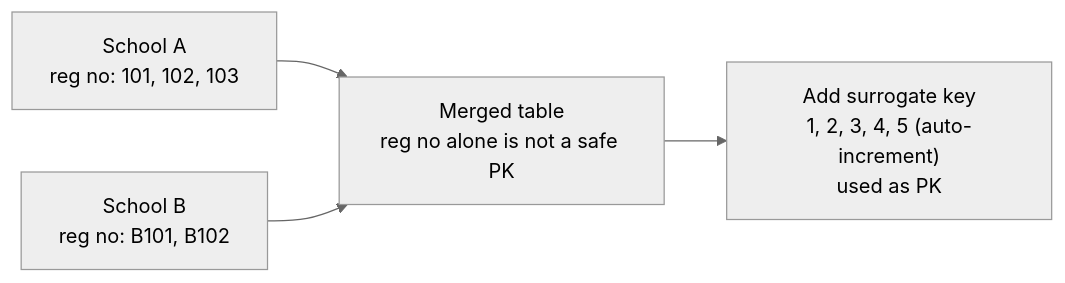
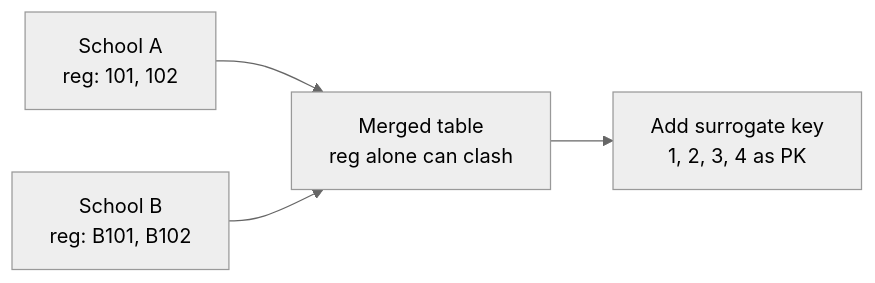
One commit to aaryan-pradhan/core-cs-fundamentals changed the fifth of 8 diagrams in dbms/07-relational-model.md. Above: the diagram before and after it, drawn with Mermaid (neutral theme). The commit also changed other lines of this file, not shown here.

First line of the commit message:
Rewrite DBMS lecture 7 as diagram-first notes

````diff
--- a/dbms/07-relational-model.md
+++ b/dbms/07-relational-model.md
@@ -133,6 +87,6 @@
-   ```mermaid
-   flowchart LR
-     A["School A<br/>reg no: 101, 102, 103"] --> M
-     B["School B<br/>reg no: B101, B102"] --> M
-     M["Merged table<br/>reg no alone is not a safe PK"] --> S["Add surrogate key<br/>1, 2, 3, 4, 5 (auto-increment)<br/>used as PK"]
-   ```
+```mermaid
+flowchart LR
+  A["School A<br/>reg: 101, 102"] --> M["Merged table<br/>reg alone can clash"]
+  B["School B<br/>reg: B101, B102"] --> M
+  M --> S["Add surrogate key<br/>1, 2, 3, 4 as PK"]
+```
````
